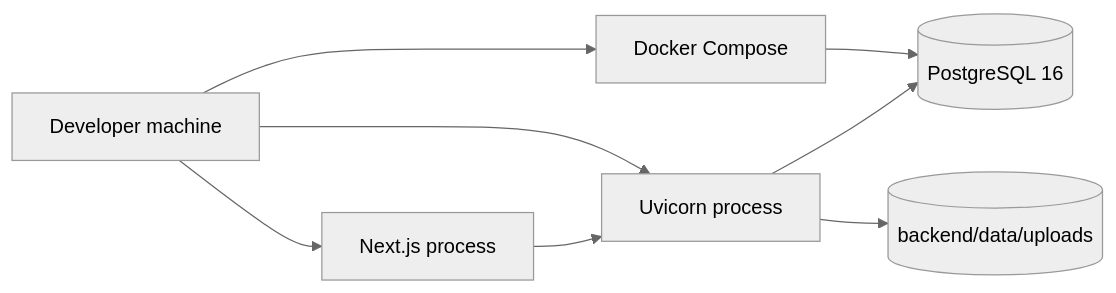
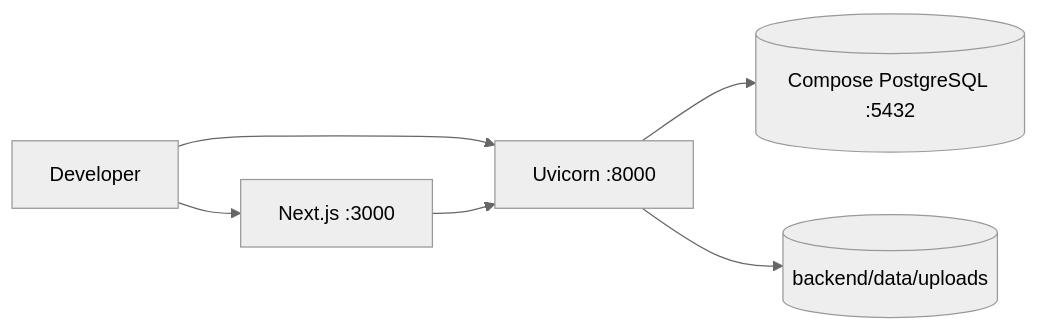
The fifth of 6 diagrams in docs/ARCHITECTURE.md (HirushaSipsara/certifylk), drawn with Mermaid (neutral theme) before and after one commit. The commit also changed other lines of this file and 67 other files, not shown here.

````diff
--- a/docs/ARCHITECTURE.md
+++ b/docs/ARCHITECTURE.md
@@ -71,10 +123,8 @@
 ```mermaid
 flowchart LR
-  Dev[Developer machine] --> Next[Next.js process]
-  Dev --> Fast[Uvicorn process]
-  Dev --> Compose[Docker Compose]
-  Compose --> PG[(PostgreSQL 16)]
-  Fast --> PG
+  Dev[Developer] --> Next[Next.js :3000]
+  Dev --> Fast[Uvicorn :8000]
+  Next --> Fast
+  Fast --> PG[(Compose PostgreSQL :5432)]
   Fast --> Uploads[(backend/data/uploads)]
-  Next --> Fast
 ```
````
